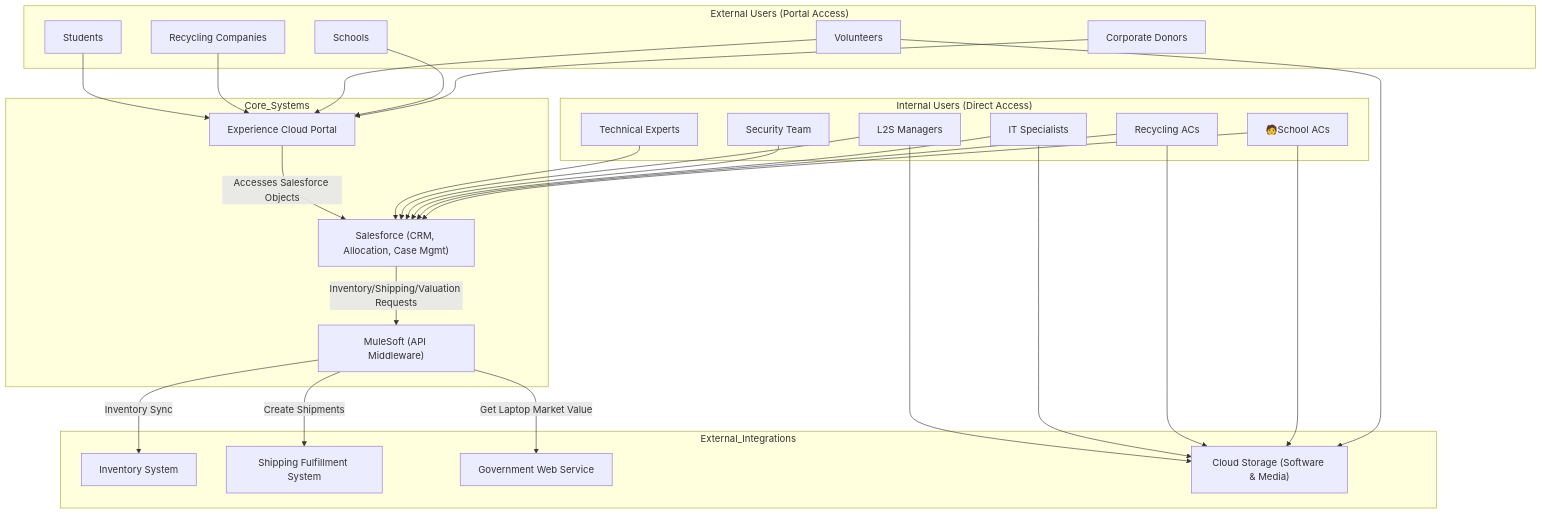
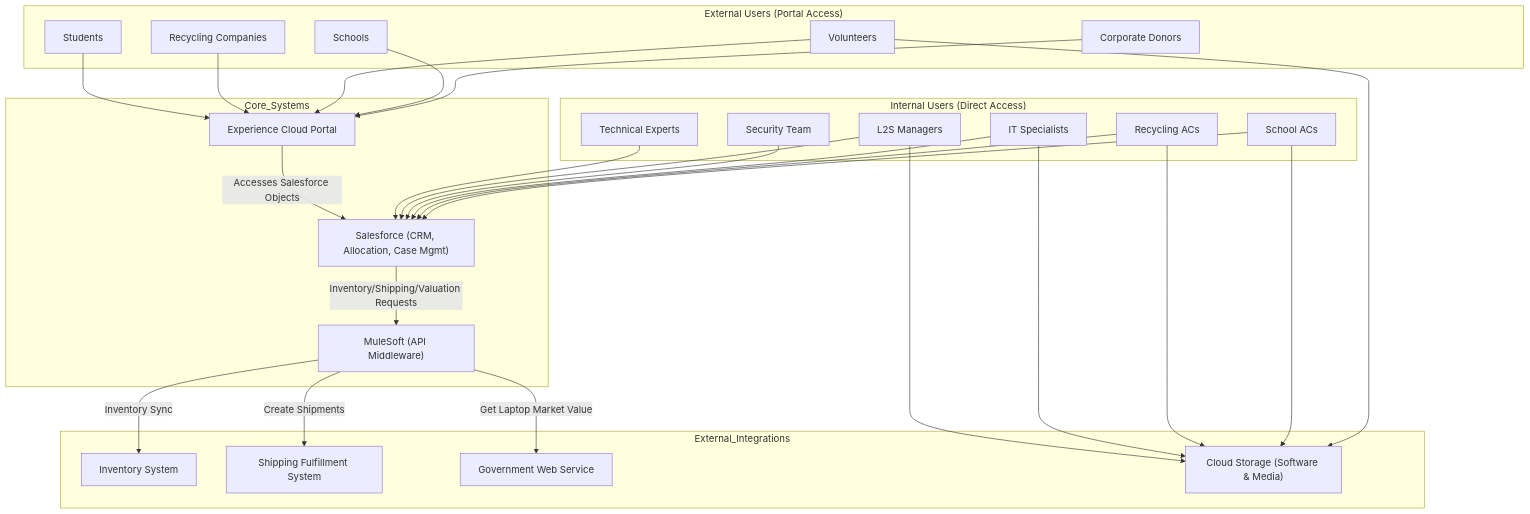
Before and after one commit to matthew-zolp/Laptops2Schools: the diagram in L2S_Future_System_Landscape.md, drawn with Mermaid.

````diff
--- a/L2S_Future_System_Landscape.md
+++ b/L2S_Future_System_Landscape.md
@@ -1,64 +1,64 @@
 ```mermaid
 flowchart TD
   %% External Systems
   subgraph External_Integrations
     InventorySystem["Inventory System"]
     ShippingSystem["Shipping Fulfillment System"]
     GovWebService["Government Web Service"]
     CloudStorageSystem["Cloud Storage (Software & Media)"]
   end
 
   %% Core Platform
   subgraph Core_Systems
     ExperienceCloud["Experience Cloud Portal"]
     Salesforce["Salesforce (CRM, Allocation, Case Mgmt)"]
     MuleSoft["MuleSoft (API Middleware)"]
   end
 
   %% Users
   subgraph External_Users["External Users (Portal Access)"]
     Corporation["Corporate Donors"]
     SchoolUsers["Schools"]
     Volunteers["Volunteers"]
     RecyclingCompanies["Recycling Companies"]
     Students["Students"]
-  end
+  end 
 
   subgraph Internal_Users["Internal Users (Direct Access)"]
-    SchoolACs["🧑School ACs"]
+    SchoolACs["School ACs"]
     RecyclingACs["Recycling ACs"]
     ITSpecialists["IT Specialists"]
     SecurityTeam["Security Team"]
     Managers["L2S Managers"]
     TechnicalExperts["Technical Experts"]
   end
 
   %% Access Patterns
   Corporation --> ExperienceCloud
   SchoolUsers --> ExperienceCloud
   Volunteers --> ExperienceCloud
   RecyclingCompanies --> ExperienceCloud
   Students --> ExperienceCloud
 
   Volunteers --> CloudStorageSystem
   SchoolACs --> CloudStorageSystem
   RecyclingACs --> CloudStorageSystem
   ITSpecialists --> CloudStorageSystem
   Managers --> CloudStorageSystem
 
   SchoolACs --> Salesforce
   RecyclingACs --> Salesforce
   ITSpecialists --> Salesforce
   SecurityTeam --> Salesforce
   Managers --> Salesforce
   TechnicalExperts --> Salesforce
 
   ExperienceCloud -->|Accesses Salesforce Objects| Salesforce
 
   %% Integration Orchestration
   Salesforce -->|Inventory/Shipping/Valuation Requests| MuleSoft
   MuleSoft -->|Inventory Sync| InventorySystem
   MuleSoft -->|Create Shipments| ShippingSystem
   MuleSoft -->|Get Laptop Market Value| GovWebService
 
 ```
````
